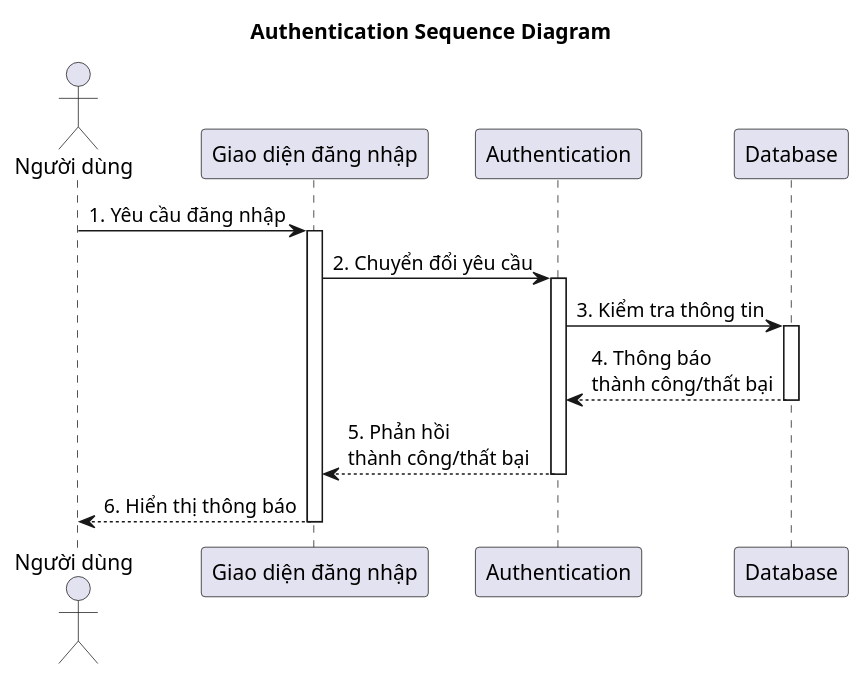
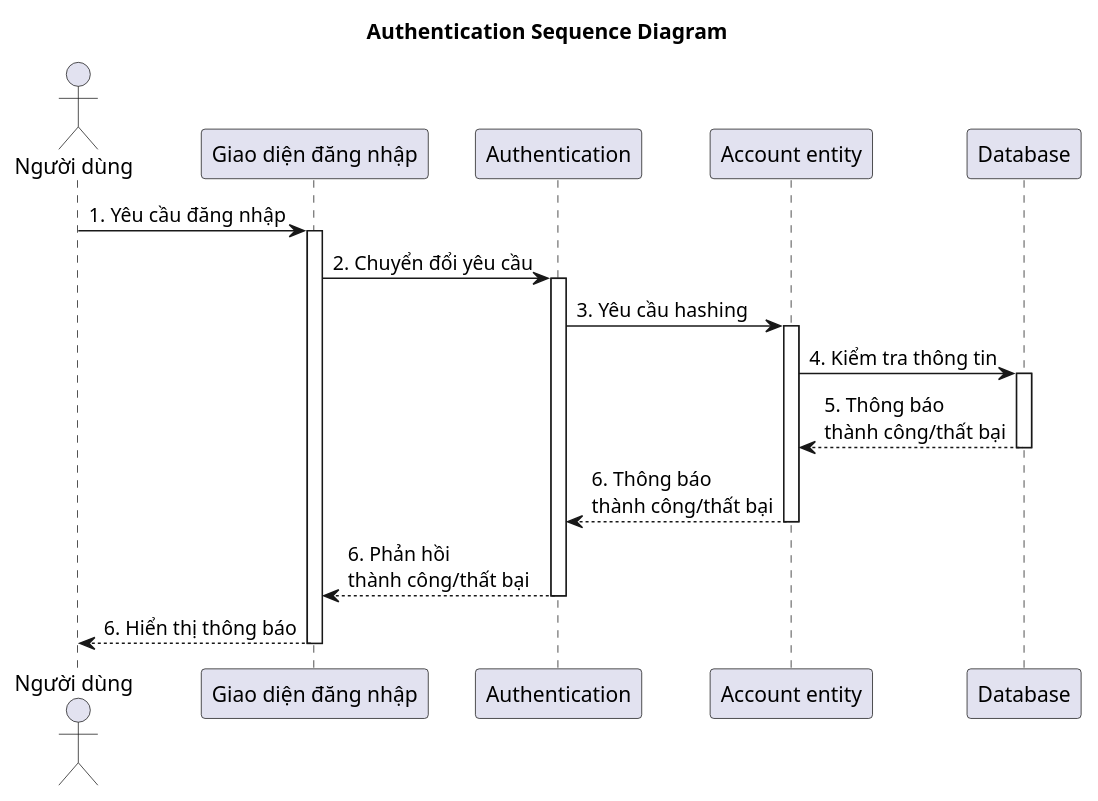
One commit to timothyagile/diagram-by-plantuml changed the diagram in sequencediagram/authentication.plantuml. Above: the diagram before and after it, drawn with PlantUML. The commit also changed 14 other files, not shown here.

```diff
--- a/sequencediagram/authentication.plantuml
+++ b/sequencediagram/authentication.plantuml
@@ -1,22 +1,27 @@
 @startuml
 title Authentication Sequence Diagram
 
 actor "Người dùng" as User
 participant "Giao diện đăng nhập" as UI
 participant "Authentication" as Auth
+participant "Account entity" as AE
 participant "Database" as DB
 
 User -> UI : 1. Yêu cầu đăng nhập
 activate UI
 UI -> Auth : 2. Chuyển đổi yêu cầu
 activate Auth 
-Auth -> DB : 3. Kiểm tra thông tin
+Auth -> AE : 3. Yêu cầu hashing
+activate AE
+AE -> DB : 4. Kiểm tra thông tin
 activate DB 
-DB --> Auth : 4. Thông báo \nthành công/thất bại
+DB --> AE : 5. Thông báo \nthành công/thất bại
 deactivate DB
-Auth --> UI: 5. Phản hồi \nthành công/thất bại
+AE --> Auth: 6. Thông báo \nthành công/thất bại
+deactivate AE
+Auth --> UI: 6. Phản hồi \nthành công/thất bại
 deactivate Auth
 UI --> User : 6. Hiển thị thông báo
 deactivate UI
 
 @enduml
```
